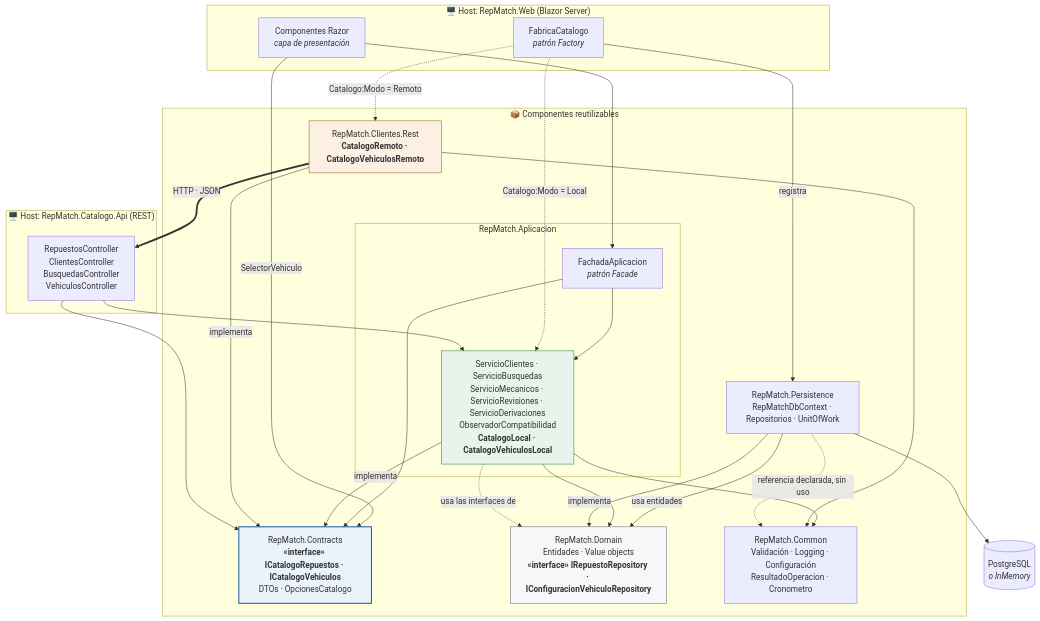
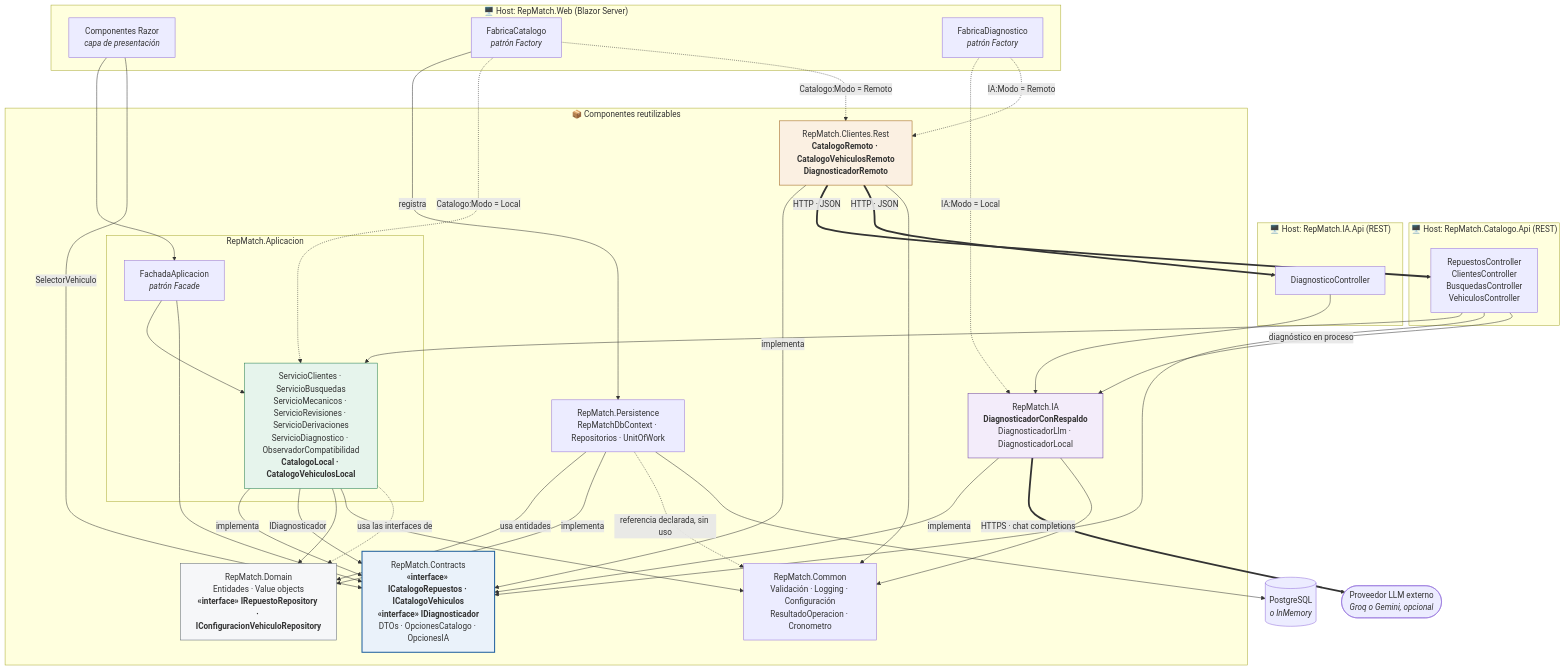
The diagram in docs/diagramas/componentes.md (lfb-00/tp-apps-2), drawn with Mermaid before and after one commit. The commit also changed other lines of this file and 61 other files, not shown here.

````diff
--- a/docs/diagramas/componentes.md
+++ b/docs/diagramas/componentes.md
@@ -20,55 +21,72 @@
 ```mermaid
 flowchart TB
     subgraph host_web["🖥️ Host: RepMatch.Web (Blazor Server)"]
         UI["Componentes Razor<br/><i>capa de presentación</i>"]
         FCAT["FabricaCatalogo<br/><i>patrón Factory</i>"]
+        FDIAG["FabricaDiagnostico<br/><i>patrón Factory</i>"]
     end
 
     subgraph host_api["🖥️ Host: RepMatch.Catalogo.Api (REST)"]
         CTRL["RepuestosController<br/>ClientesController<br/>BusquedasController<br/>VehiculosController"]
     end
 
+    subgraph host_ia["🖥️ Host: RepMatch.IA.Api (REST)"]
+        CTRLIA["DiagnosticoController"]
+    end
+
     subgraph comp["📦 Componentes reutilizables"]
         subgraph app_sub["RepMatch.Aplicacion"]
             FACH["FachadaAplicacion<br/><i>patrón Facade</i>"]
-            APP["ServicioClientes · ServicioBusquedas<br/>ServicioMecanicos · ServicioRevisiones · ServicioDerivaciones<br/>ObservadorCompatibilidad<br/><b>CatalogoLocal · CatalogoVehiculosLocal</b>"]
+            APP["ServicioClientes · ServicioBusquedas<br/>ServicioMecanicos · ServicioRevisiones · ServicioDerivaciones<br/>ServicioDiagnostico · ObservadorCompatibilidad<br/><b>CatalogoLocal · CatalogoVehiculosLocal</b>"]
         end
-        REST["RepMatch.Clientes.Rest<br/><b>CatalogoRemoto · CatalogoVehiculosRemoto</b>"]
-        CON["RepMatch.Contracts<br/><b>«interface» ICatalogoRepuestos · ICatalogoVehiculos</b><br/>DTOs · OpcionesCatalogo"]
+        REST["RepMatch.Clientes.Rest<br/><b>CatalogoRemoto · CatalogoVehiculosRemoto<br/>DiagnosticadorRemoto</b>"]
+        IA["RepMatch.IA<br/><b>DiagnosticadorConRespaldo</b><br/>DiagnosticadorLlm · DiagnosticadorLocal"]
+        CON["RepMatch.Contracts<br/><b>«interface» ICatalogoRepuestos · ICatalogoVehiculos<br/>«interface» IDiagnosticador</b><br/>DTOs · OpcionesCatalogo · OpcionesIA"]
         PER["RepMatch.Persistence<br/>RepMatchDbContext · Repositorios · UnitOfWork"]
         DOM["RepMatch.Domain<br/>Entidades · Value objects<br/><b>«interface» IRepuestoRepository · IConfiguracionVehiculoRepository</b>"]
         COM["RepMatch.Common<br/>Validación · Logging · Configuración<br/>ResultadoOperacion · Cronometro"]
     end
 
     BD[("PostgreSQL<br/><i>o InMemory</i>")]
+    LLM(["Proveedor LLM externo<br/><i>Groq o Gemini, opcional</i>"])
 
     UI --> FACH
     UI -- SelectorVehiculo --> CON
     FCAT -- registra --> PER
     FACH --> APP
     FACH --> CON
     FCAT -. "Catalogo:Modo = Local" .-> APP
     FCAT -. "Catalogo:Modo = Remoto" .-> REST
+    FDIAG -. "IA:Modo = Local" .-> IA
+    FDIAG -. "IA:Modo = Remoto" .-> REST
 
     APP -- implementa --> CON
     REST -- implementa --> CON
+    IA -- implementa --> CON
+    APP -- "IDiagnosticador" --> CON
 
     REST == "HTTP · JSON" ==> CTRL
+    REST == "HTTP · JSON" ==> CTRLIA
     CTRL --> APP
     CTRL --> CON
+    CTRL -- "diagnóstico en proceso" --> IA
+    CTRLIA --> IA
+    IA == "HTTPS · chat completions" ==> LLM
+    IA --> COM
 
     PER -- usa entidades --> DOM
     APP --> DOM
     APP --> COM
     REST --> COM
     PER -- implementa --> DOM
     PER -. "referencia declarada, sin uso" .-> COM
     PER --> BD
 
     APP -. "usa las interfaces de" .-> DOM
 
     style CON fill:#eaf2fa,stroke:#1f5f9e,stroke-width:2px
     style APP fill:#e6f4ec,stroke:#1f7a4d
     style REST fill:#fbf0e2,stroke:#9a5b13
+    style IA fill:#f3ecfa,stroke:#6b3fa0
     style DOM fill:#f6f7f9,stroke:#5b6472
 ```
````
